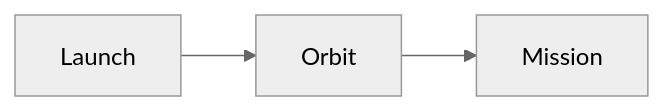
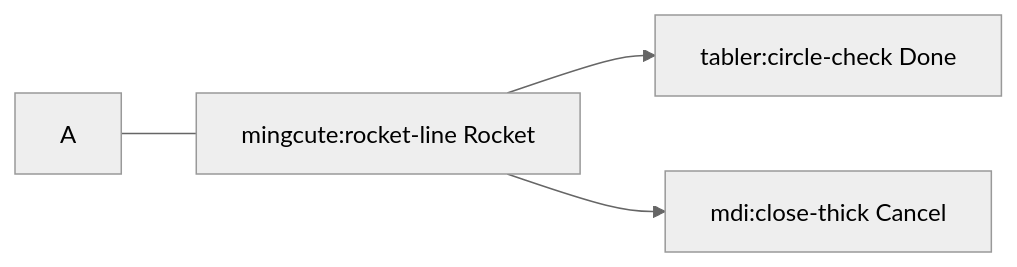
One commit to aerdman1/Erd-Docs changed the first of 6 diagrams in docs/MDX/simple-banner/test.md. Above: the diagram before and after it, drawn with Mermaid (neutral theme). The commit also changed other lines of this file, not shown here.

````diff
--- a/docs/MDX/simple-banner/test.md
+++ b/docs/MDX/simple-banner/test.md
@@ -9,7 +9,7 @@
 ```mermaid
 flowchart LR
-  A[<span class="iconify" data-icon="mingcute:rocket-line"></span> Launch] 
-    --> B[<span class="iconify" data-icon="mingcute:planet-line"></span> Orbit] 
-    --> C[<span class="iconify" data-icon="mingcute:flag-line"></span> Mission]
+  A --- B[mingcute:rocket-line Rocket]
+  B --> C[tabler:circle-check Done]
+  B --> D[mdi:close-thick Cancel]
 
 ```
````
